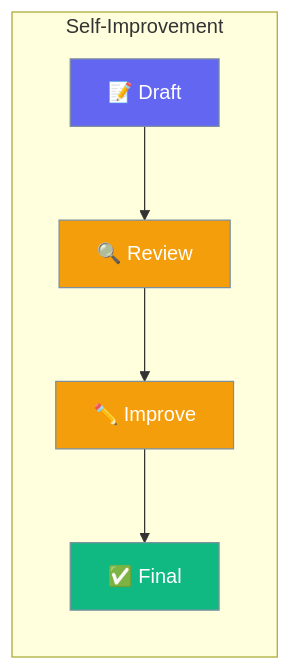
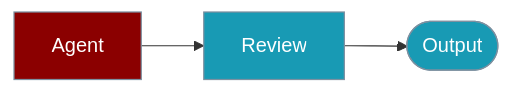
Before and after one commit to MervinPraison/PraisonAIDocs: the first of 2 diagrams in docs/js/reflection.mdx, drawn with Mermaid. The commit also changed 19 other files, not shown here.

````diff
--- a/docs/js/reflection.mdx
+++ b/docs/js/reflection.mdx
@@ -10,16 +10,11 @@
 ```mermaid
 graph LR
-    subgraph "Self-Improvement"
-        A[📝 Draft] --> B[🔍 Review]
-        B --> C[✏️ Improve]
-        C --> D[✅ Final]
-    end
-    
-    classDef draft fill:#6366F1,stroke:#7C90A0,color:#fff
-    classDef review fill:#F59E0B,stroke:#7C90A0,color:#fff
-    classDef final fill:#10B981,stroke:#7C90A0,color:#fff
-    
-    class A draft
-    class B,C review
-    class D final
+    Agent[Agent] --> Review[Review]
+    Review --> Output([Output])
+
+    classDef agent fill:#8B0000,stroke:#7C90A0,color:#fff
+    classDef tool fill:#189AB4,stroke:#7C90A0,color:#fff
+
+    class Agent agent
+    class Review,Output tool
 ```
````
